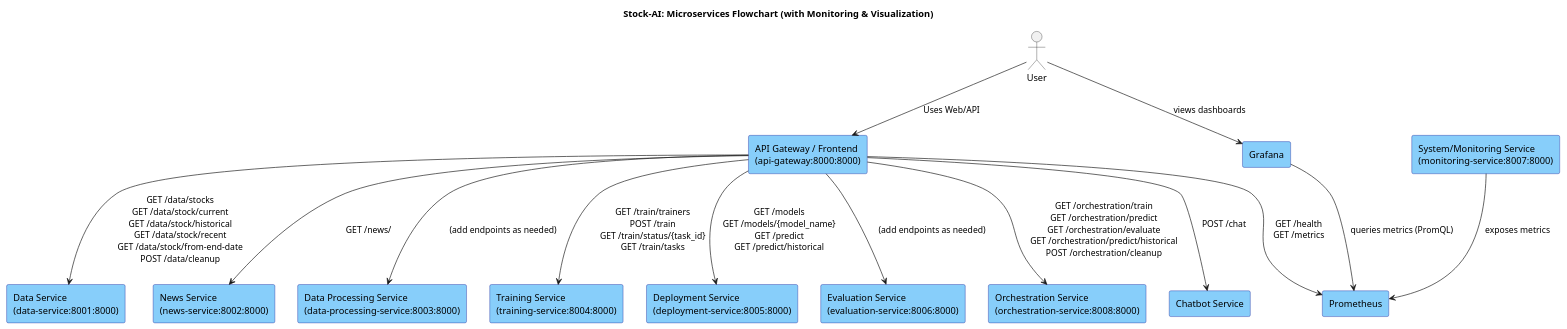
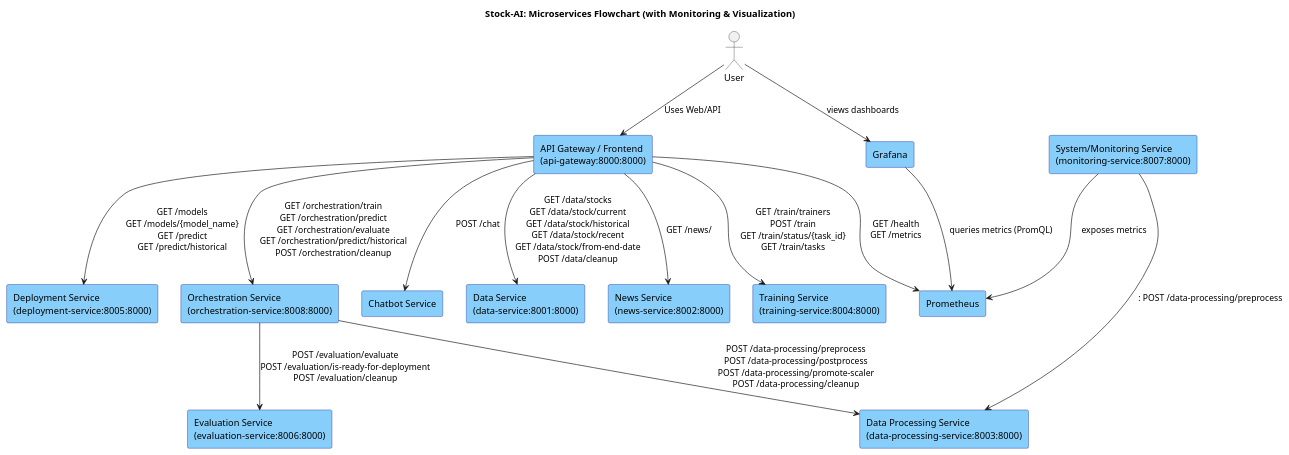
Before and after one commit to LOG795-PFE031/stock-ai_pfe031: the diagram in docs/microservices/Microservices_Flowchart.puml, drawn with PlantUML.

Commit message:
Refactor Microservices Flowchart to clarify data processing and evaluation service endpoints

```diff
--- a/docs/microservices/Microservices_Flowchart.puml
+++ b/docs/microservices/Microservices_Flowchart.puml
@@ -1,43 +1,44 @@
 @startuml Microservices_Flowchart
 
 title Stock-AI: Microservices Flowchart (with Monitoring & Visualization)
 
 skinparam rectangle {
   BackgroundColor LightSkyBlue
   BorderColor DarkBlue
   FontColor Black
 }
 
 actor User as user
 
 rectangle "API Gateway / Frontend\n(api-gateway:8000:8000)" as gateway
 rectangle "Data Service\n(data-service:8001:8000)" as data
 rectangle "News Service\n(news-service:8002:8000)" as news
 rectangle "Data Processing Service\n(data-processing-service:8003:8000)" as dataProcessing
 rectangle "Training Service\n(training-service:8004:8000)" as training
 rectangle "Deployment Service\n(deployment-service:8005:8000)" as deployment
 rectangle "Evaluation Service\n(evaluation-service:8006:8000)" as evaluation
 rectangle "System/Monitoring Service\n(monitoring-service:8007:8000)" as monitoring
 rectangle "Orchestration Service\n(orchestration-service:8008:8000)" as orchestration
 rectangle "Chatbot Service" as chatbot
 rectangle "Prometheus" as prometheus
 rectangle "Grafana" as grafana
 
 user --> gateway : Uses Web/API
 
 gateway --> data : GET /data/stocks\nGET /data/stock/current\nGET /data/stock/historical\nGET /data/stock/recent\nGET /data/stock/from-end-date\nPOST /data/cleanup
 gateway --> news : GET /news/
-gateway --> dataProcessing : (add endpoints as needed)
+orchestration --> dataProcessing : POST /data-processing/preprocess\nPOST /data-processing/postprocess\nPOST /data-processing/promote-scaler\nPOST /data-processing/cleanup
 gateway --> training : GET /train/trainers\nPOST /train\nGET /train/status/{task_id}\nGET /train/tasks
 gateway --> deployment : GET /models\nGET /models/{model_name}\nGET /predict\nGET /predict/historical
-gateway --> evaluation : (add endpoints as needed)
+orchestration --> evaluation : POST /evaluation/evaluate\nPOST /evaluation/is-ready-for-deployment\nPOST /evaluation/cleanup
 gateway --> orchestration : GET /orchestration/train\nGET /orchestration/predict\nGET /orchestration/evaluate\nGET /orchestration/predict/historical\nPOST /orchestration/cleanup
 gateway --> chatbot : POST /chat\n
 gateway --> prometheus : GET /health\nGET /metrics
+monitoring --> dataProcessing: : POST /data-processing/preprocess\n
 
 ' Monitoring flow
 monitoring --> prometheus : exposes metrics
 grafana --> prometheus : queries metrics (PromQL)
 user --> grafana : views dashboards
 
 @enduml
```
